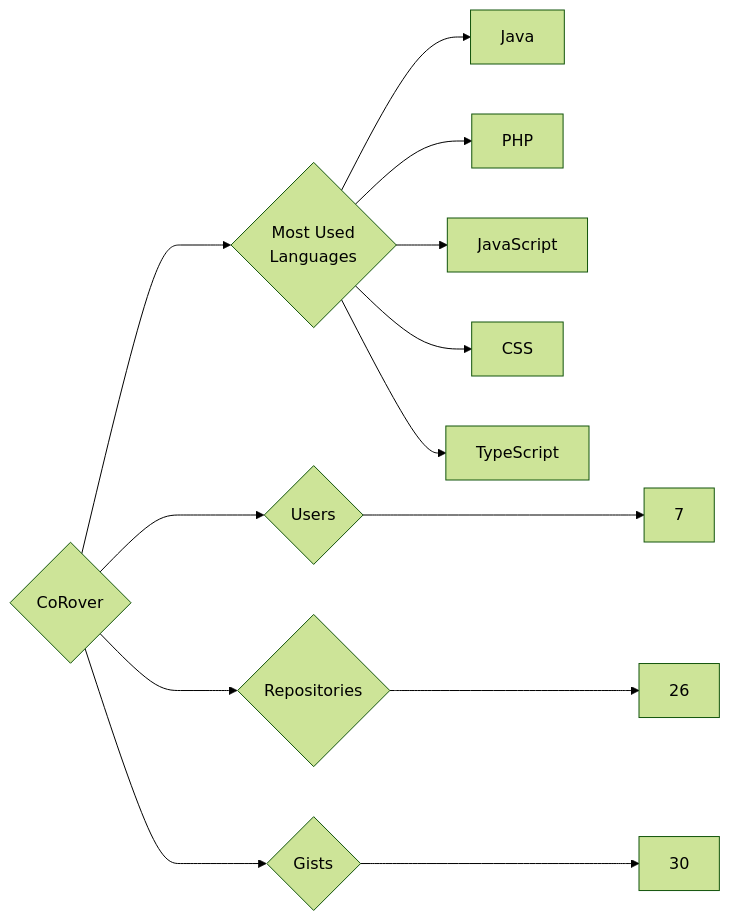
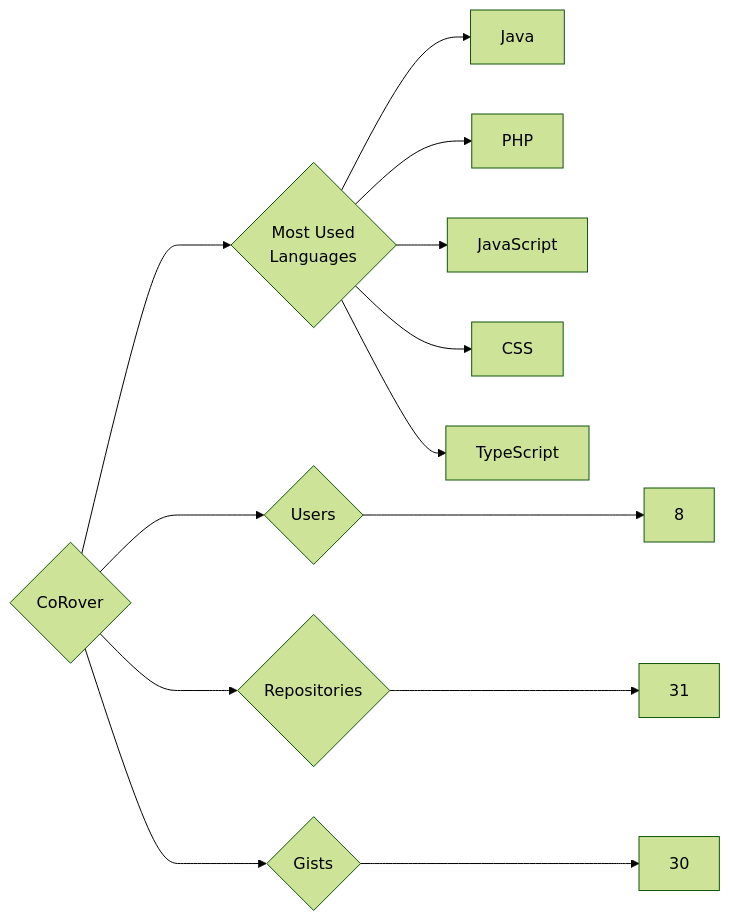
One commit to trickest/insiders changed the diagram in targets/CoRover/README.md. Above: the diagram before and after it, drawn with Mermaid (forest theme). The commit also changed 618 other files, not shown here.

````diff
--- a/targets/CoRover/README.md
+++ b/targets/CoRover/README.md
@@ -3,13 +3,13 @@
 ```mermaid
 graph LR
 COMPANY_NAME{CoRover}
-COMPANY_NAME ---> U{Users} ---> UN[7]
-COMPANY_NAME ---> R{Repositories} ---> RN[26]
+COMPANY_NAME ---> U{Users} ---> UN[8]
+COMPANY_NAME ---> R{Repositories} ---> RN[31]
 COMPANY_NAME ---> G{Gists} ---> GN[30]
 COMPANY_NAME ---> ML{Most Used<br>Languages}
 ML --> Java[Java]
 ML --> PHP[PHP]
 ML --> JavaScript[JavaScript]
 ML --> CSS[CSS]
 ML --> TypeScript[TypeScript]
 ```
````
